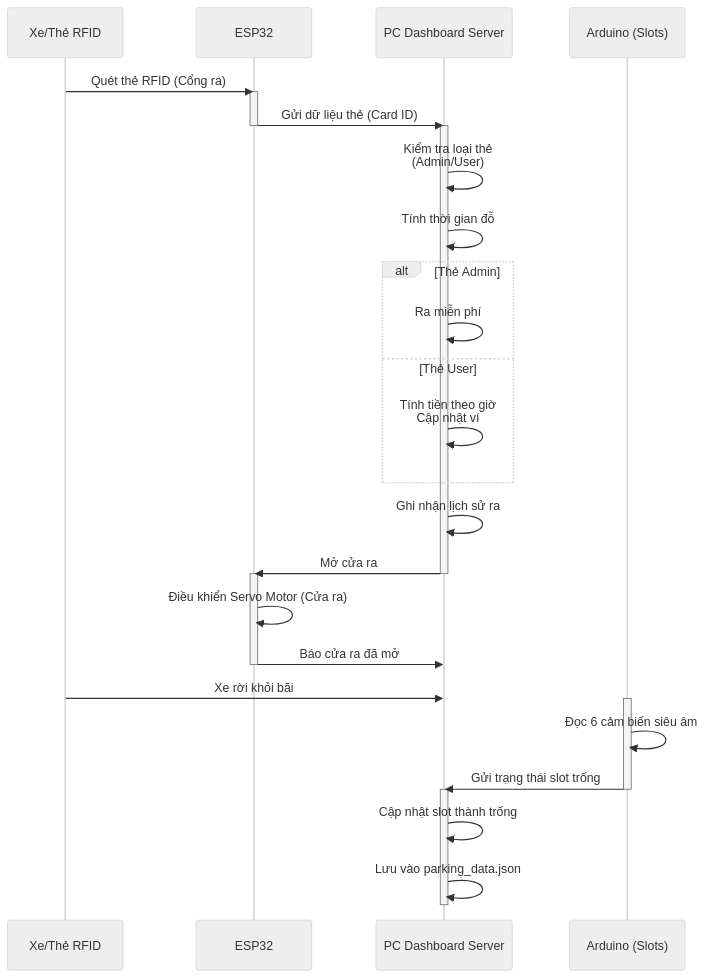
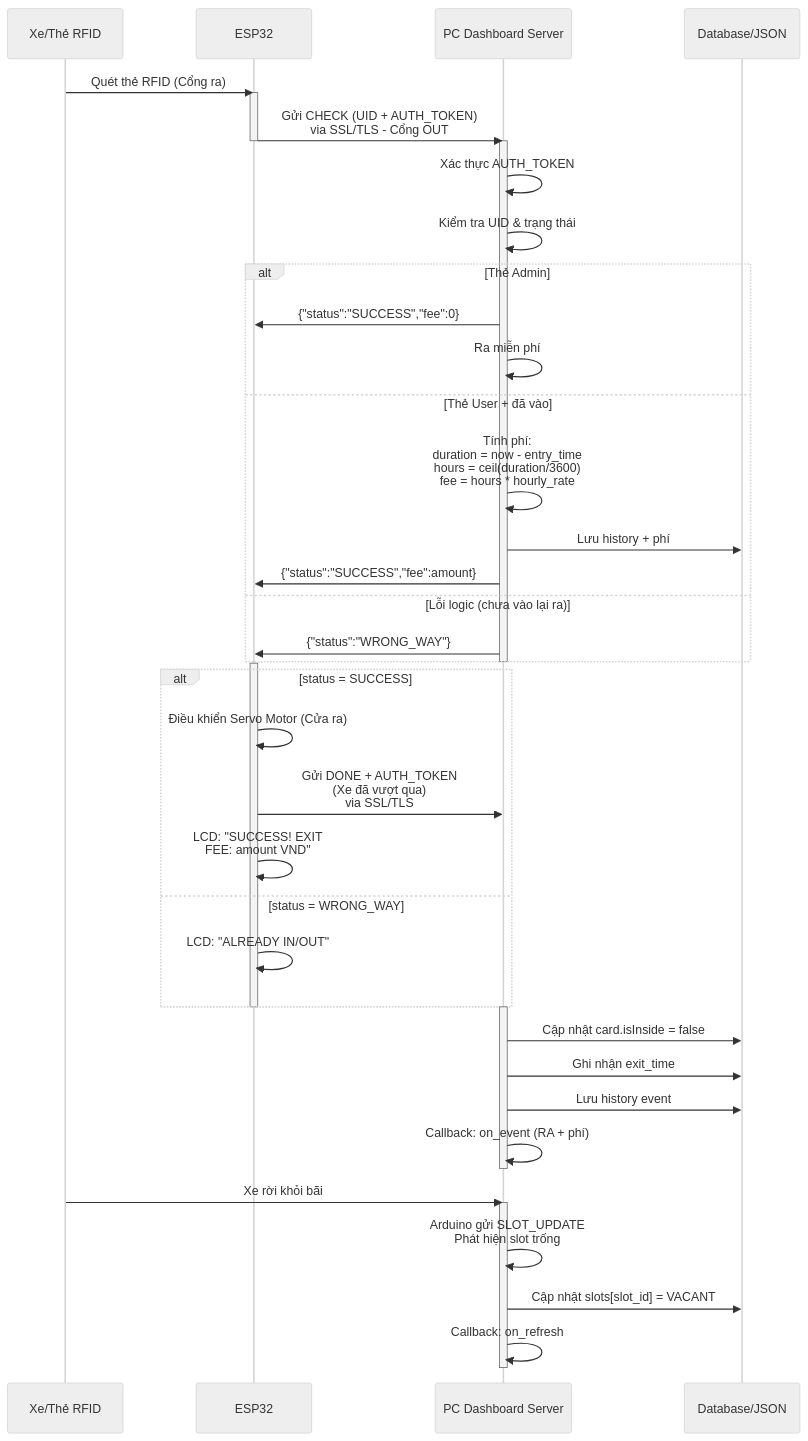
The fourth of 9 diagrams in flow.md (CuongHayHo/He-Thong-Bai-Xe), drawn with Mermaid (neutral theme) before and after one commit. The commit also changed other lines of this file and 1 other file, not shown here.

Commit message:
feat: implement SSL/TLS authentication and update system architecture documentation

````diff
--- a/flow.md
+++ b/flow.md
@@ -86,41 +200,52 @@
 ```mermaid
 sequenceDiagram
     participant Xe as Xe/Thẻ RFID
     participant ESP32
     participant Server as PC Dashboard Server
-    participant Arduino as Arduino (Slots)
+    participant DB as Database/JSON
 
     Xe->>ESP32: Quét thẻ RFID (Cổng ra)
     activate ESP32
-    ESP32->>Server: Gửi dữ liệu thẻ (Card ID)
+    ESP32->>Server: Gửi CHECK (UID + AUTH_TOKEN)<br/>via SSL/TLS - Cổng OUT
     deactivate ESP32
     
     activate Server
-    Server->>Server: Kiểm tra loại thẻ<br/>(Admin/User)
-    Server->>Server: Tính thời gian đỗ
+    Server->>Server: Xác thực AUTH_TOKEN
+    Server->>Server: Kiểm tra UID & trạng thái
     alt Thẻ Admin
+        Server->>ESP32: {"status":"SUCCESS","fee":0}
         Server->>Server: Ra miễn phí
-    else Thẻ User
-        Server->>Server: Tính tiền theo giờ<br/>Cập nhật ví
+    else Thẻ User + đã vào
+        Server->>Server: Tính phí: <br/>duration = now - entry_time<br/>hours = ceil(duration/3600)<br/>fee = hours * hourly_rate
+        Server->>DB: Lưu history + phí
+        Server->>ESP32: {"status":"SUCCESS","fee":amount}
+    else Lỗi logic (chưa vào lại ra)
+        Server->>ESP32: {"status":"WRONG_WAY"}
     end
-    Server->>Server: Ghi nhận lịch sử ra
-    Server->>ESP32: Mở cửa ra
     deactivate Server
     
     activate ESP32
-    ESP32->>ESP32: Điều khiển Servo Motor (Cửa ra)
-    ESP32->>Server: Báo cửa ra đã mở
+    alt status = SUCCESS
+        ESP32->>ESP32: Điều khiển Servo Motor (Cửa ra)
+        ESP32->>Server: Gửi DONE + AUTH_TOKEN<br/>(Xe đã vượt qua)<br/>via SSL/TLS
+        ESP32->>ESP32: LCD: "SUCCESS! EXIT<br/>FEE: amount VND"
+    else status = WRONG_WAY
+        ESP32->>ESP32: LCD: "ALREADY IN/OUT"
+    end
     deactivate ESP32
+    
+    activate Server
+    Server->>DB: Cập nhật card.isInside = false
+    Server->>DB: Ghi nhận exit_time
+    Server->>DB: Lưu history event
+    Server->>Server: Callback: on_event (RA + phí)
+    deactivate Server
     
     Xe->>Server: Xe rời khỏi bãi
     
-    activate Arduino
-    Arduino->>Arduino: Đọc 6 cảm biến siêu âm
-    Arduino->>Server: Gửi trạng thái slot trống
-    deactivate Arduino
-    
     activate Server
-    Server->>Server: Cập nhật slot thành trống
-    Server->>Server: Lưu vào parking_data.json
+    Server->>Server: Arduino gửi SLOT_UPDATE<br/>Phát hiện slot trống
+    Server->>DB: Cập nhật slots[slot_id] = VACANT
+    Server->>Server: Callback: on_refresh
     deactivate Server
 ```
````
